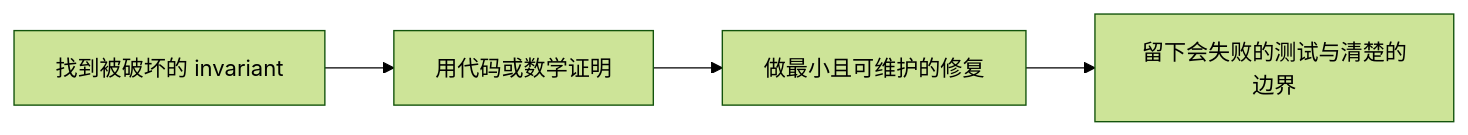
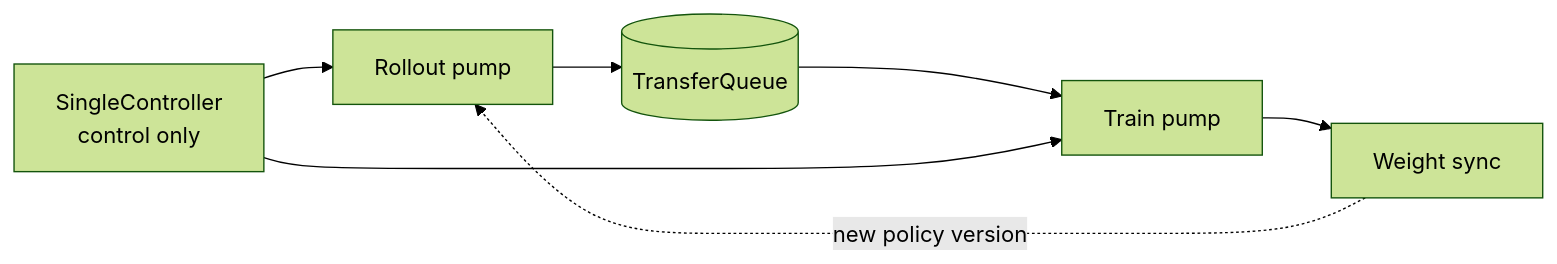
Before and after one commit to tianyi-zhang-02/cooking-agi: the second of 3 diagrams in open-source/nemo-rl/README.md, drawn with Mermaid (forest theme). The commit also changed other lines of this file and 89 other files, not shown here.

````diff
--- a/open-source/nemo-rl/README.md
+++ b/open-source/nemo-rl/README.md
@@ -36,6 +79,9 @@
 ```mermaid
 flowchart LR
-    A["找到被破坏的 invariant"] --> B["用代码或数学证明"]
-    B --> C["做最小且可维护的修复"]
-    C --> D["留下会失败的测试与清楚的边界"]
+    R["Rollout pump"] --> Q[("TransferQueue")]
+    Q --> T["Train pump"]
+    T --> W["Weight sync"]
+    W -. "new policy version" .-> R
+    SC["SingleController<br/>control only"] --> R
+    SC --> T
 ```
````
